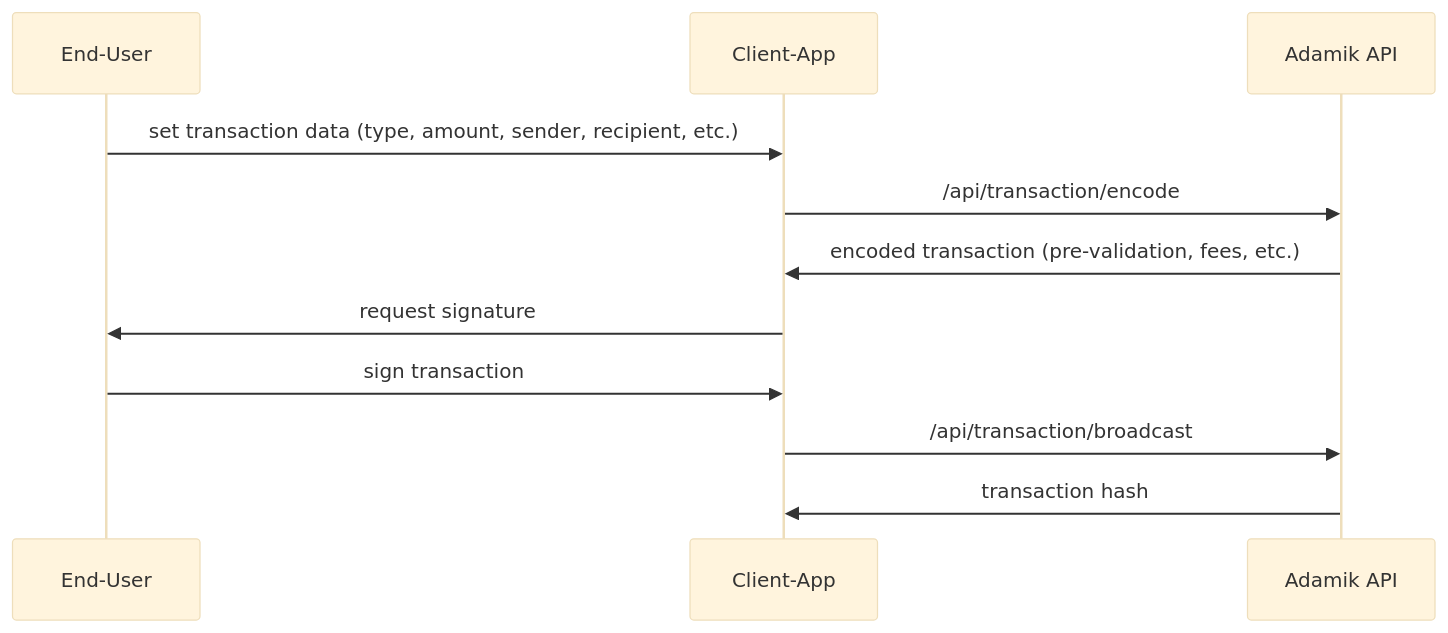
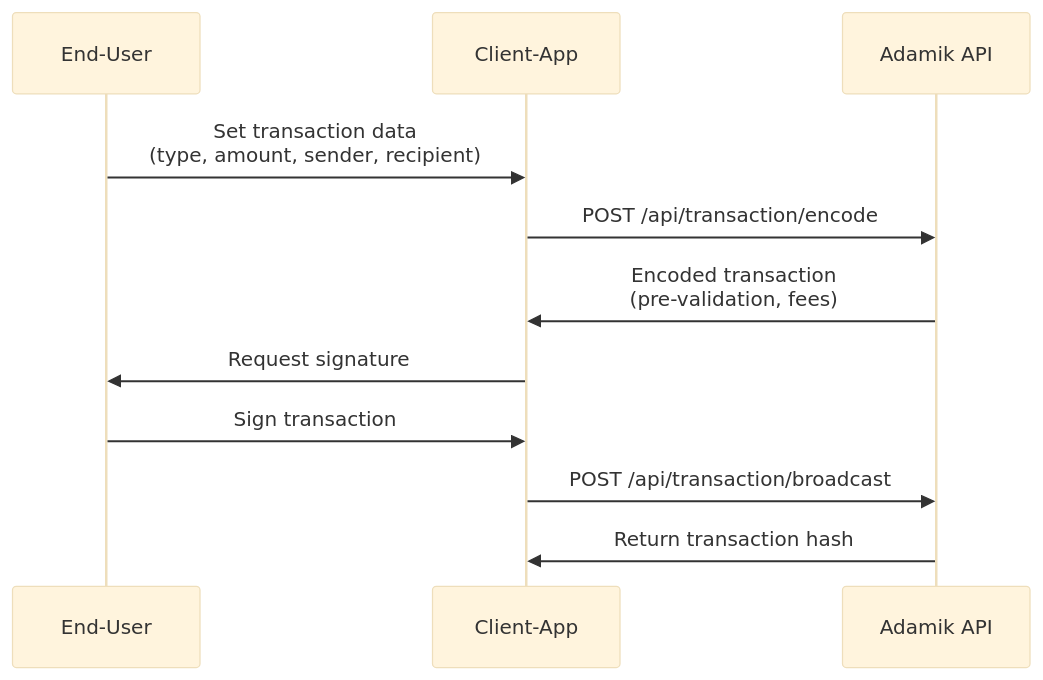
One commit to AdamikHQ/adamik-documentation changed the diagram in api-reference/write_API_overview_and_interaction_flow.mdx. Above: the diagram before and after it, drawn with Mermaid (base theme).

Commit message:
improve readibility

````diff
--- a/api-reference/write_API_overview_and_interaction_flow.mdx
+++ b/api-reference/write_API_overview_and_interaction_flow.mdx
@@ -7,16 +7,19 @@
 ```mermaid
 sequenceDiagram
     participant USER as End-User
-    participant APP as Client-App
+    participant CLIENT as Client-App
     participant ADAMIK as Adamik API
 
-    USER->>APP: set transaction data (type, amount, sender, recipient, etc.)
-    APP->>ADAMIK: /api/transaction/encode
-    ADAMIK->>APP: encoded transaction (pre-validation, fees, etc.)
+    %% Transaction Preparation %%
+    USER->>CLIENT: Set transaction data <br/>(type, amount, sender, recipient)
+    CLIENT->>ADAMIK: POST /api/transaction/encode
+    ADAMIK->>CLIENT: Encoded transaction <br/>(pre-validation, fees)
 
-    APP->>USER: request signature
-    USER->>APP: sign transaction
+    %% Signature Process %%
+    CLIENT->>USER: Request signature
+    USER->>CLIENT: Sign transaction
 
-    APP->>ADAMIK: /api/transaction/broadcast
-    ADAMIK->>APP: transaction hash
+    %% Broadcasting %%
+    CLIENT->>ADAMIK: POST /api/transaction/broadcast
+    ADAMIK->>CLIENT: Return transaction hash
 ```
````
